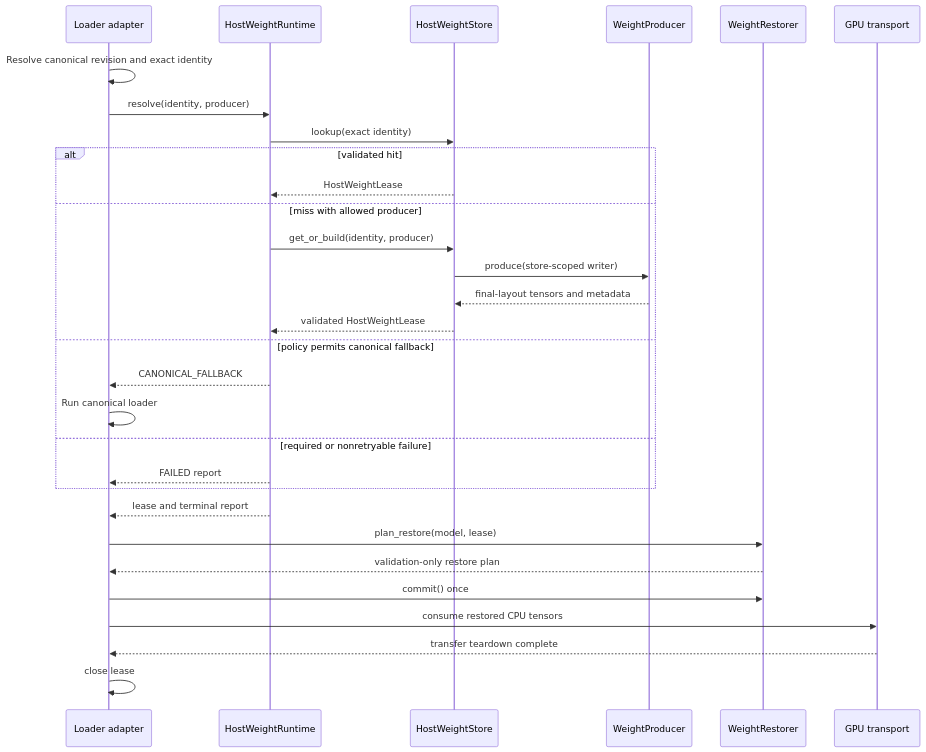
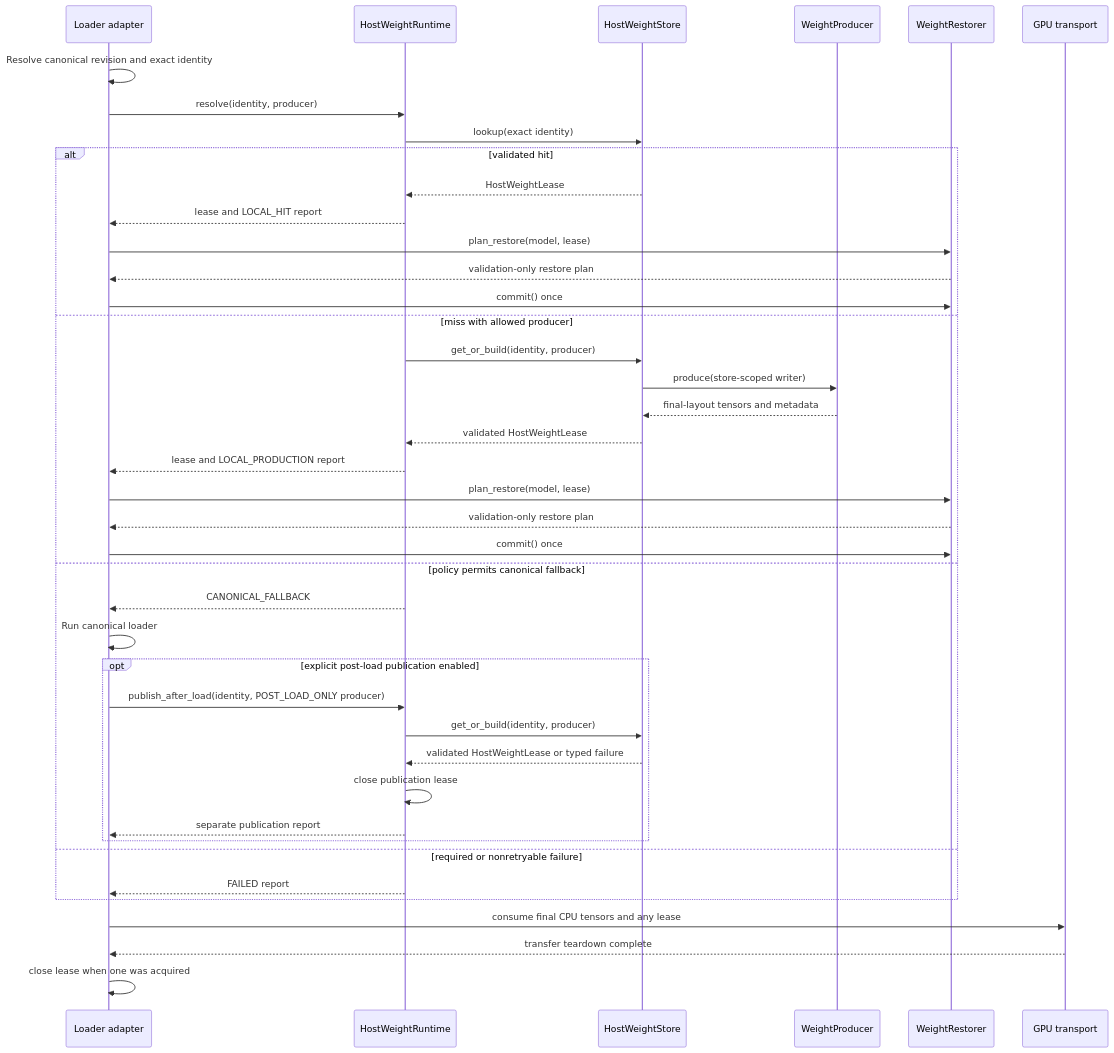
One commit to fan2956/vllm-omni changed the second of 2 diagrams in docs/design/feature/host_weight_runtime.md. Above: the diagram before and after it, drawn with Mermaid. The commit also changed other lines of this file and 7 other files, not shown here.

Commit message:
[Core] Add explicit post-load Host Weight Runtime publication (#6427)

````diff
--- a/docs/design/feature/host_weight_runtime.md
+++ b/docs/design/feature/host_weight_runtime.md
@@ -107,33 +115,44 @@
 ```mermaid
 sequenceDiagram
     participant L as Loader adapter
     participant R as HostWeightRuntime
     participant S as HostWeightStore
     participant P as WeightProducer
     participant X as WeightRestorer
     participant T as GPU transport
 
     L->>L: Resolve canonical revision and exact identity
     L->>R: resolve(identity, producer)
     R->>S: lookup(exact identity)
     alt validated hit
         S-->>R: HostWeightLease
+        R-->>L: lease and LOCAL_HIT report
+        L->>X: plan_restore(model, lease)
+        X-->>L: validation-only restore plan
+        L->>X: commit() once
     else miss with allowed producer
         R->>S: get_or_build(identity, producer)
         S->>P: produce(store-scoped writer)
         P-->>S: final-layout tensors and metadata
         S-->>R: validated HostWeightLease
+        R-->>L: lease and LOCAL_PRODUCTION report
+        L->>X: plan_restore(model, lease)
+        X-->>L: validation-only restore plan
+        L->>X: commit() once
     else policy permits canonical fallback
         R-->>L: CANONICAL_FALLBACK
         L->>L: Run canonical loader
+        opt explicit post-load publication enabled
+            L->>R: publish_after_load(identity, POST_LOAD_ONLY producer)
+            R->>S: get_or_build(identity, producer)
+            S-->>R: validated HostWeightLease or typed failure
+            R->>R: close publication lease
+            R-->>L: separate publication report
+        end
     else required or nonretryable failure
         R-->>L: FAILED report
     end
-    R-->>L: lease and terminal report
-    L->>X: plan_restore(model, lease)
-    X-->>L: validation-only restore plan
-    L->>X: commit() once
-    L->>T: consume restored CPU tensors
+    L->>T: consume final CPU tensors and any lease
     T-->>L: transfer teardown complete
-    L->>L: close lease
+    L->>L: close lease when one was acquired
 ```
````
